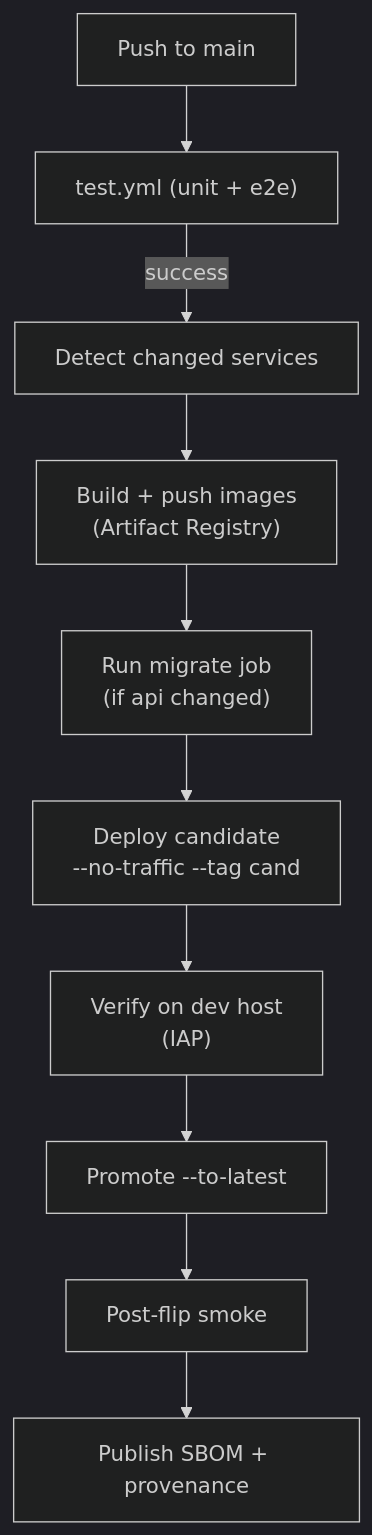
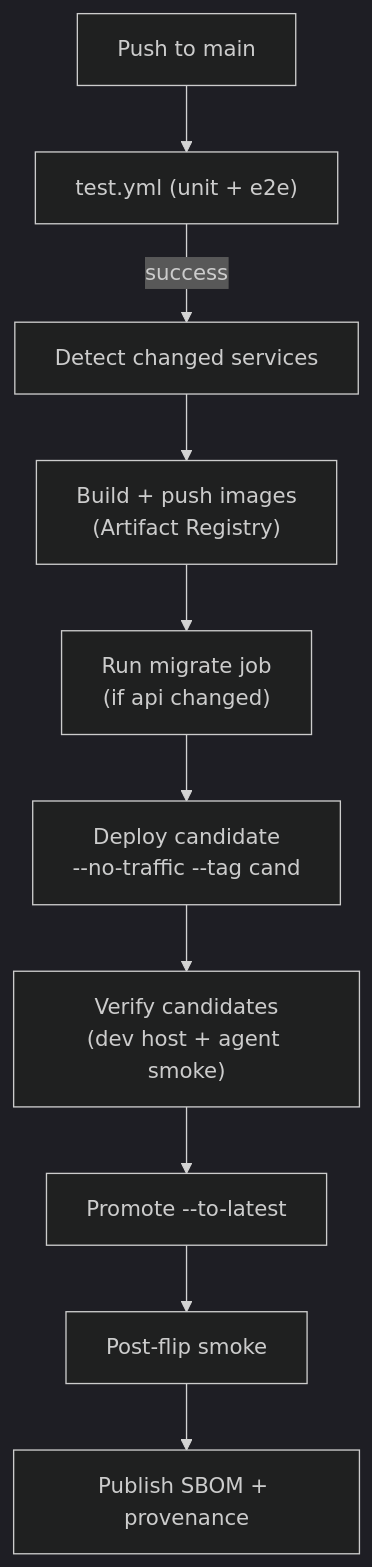
The diagram in docs/deployment.md (ALucek/chat-lucek), drawn with Mermaid (dark theme) before and after one commit. The commit also changed other lines of this file and 2 other files, not shown here.

Commit message:
ci(deploy): live agent smoke before promoting the candidate (#223)
* ci(deploy): live agent smoke before promoting the candidate

* docs(runbooks): trim CI token detail from agent smoke note

````diff
--- a/docs/deployment.md
+++ b/docs/deployment.md
@@ -9,12 +9,12 @@
 ```mermaid
 flowchart TB
     push["Push to main"] --> test["test.yml (unit + e2e)"]
     test -->|success| changes["Detect changed services"]
     changes --> build["Build + push images<br/>(Artifact Registry)"]
     build --> migrate["Run migrate job<br/>(if api changed)"]
     migrate --> cand["Deploy candidate<br/>--no-traffic --tag cand"]
-    cand --> verify["Verify on dev host<br/>(IAP)"]
+    cand --> verify["Verify candidates<br/>(dev host + agent smoke)"]
     verify --> promote["Promote --to-latest"]
     promote --> smoke["Post-flip smoke"]
     smoke --> attest["Publish SBOM + provenance"]
 ```
````
